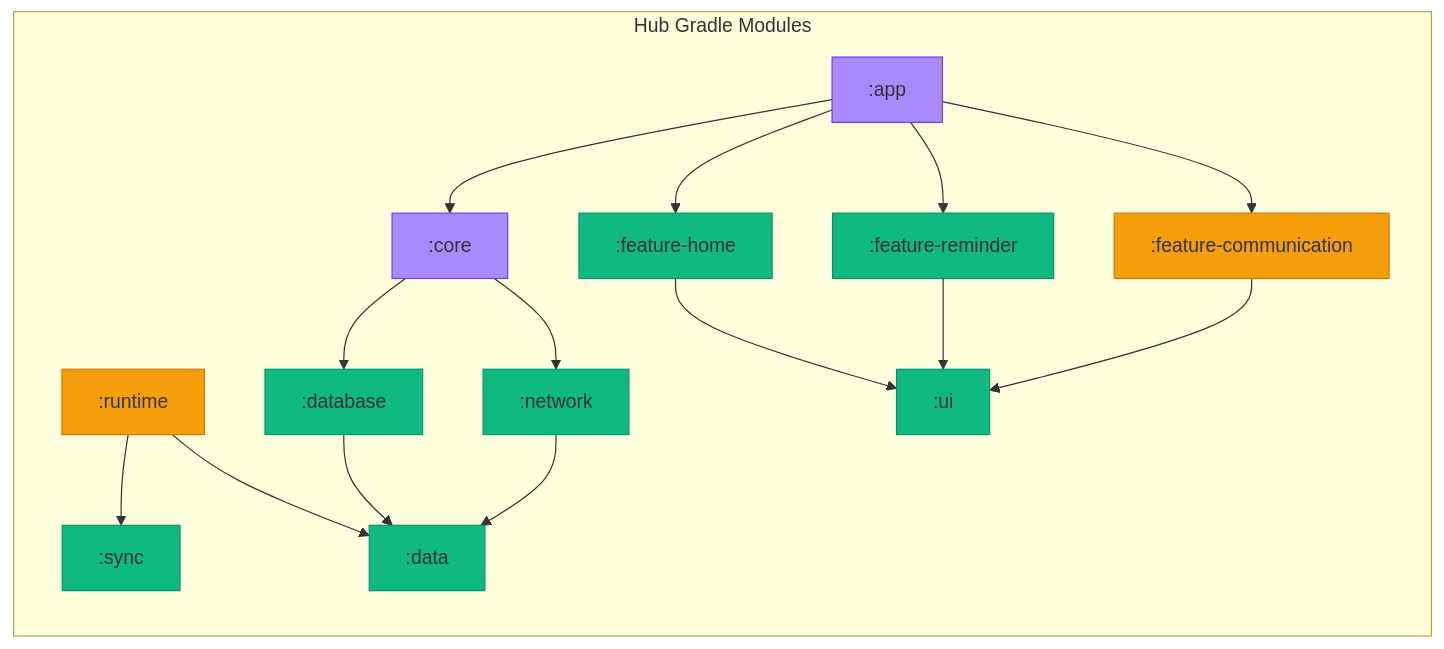
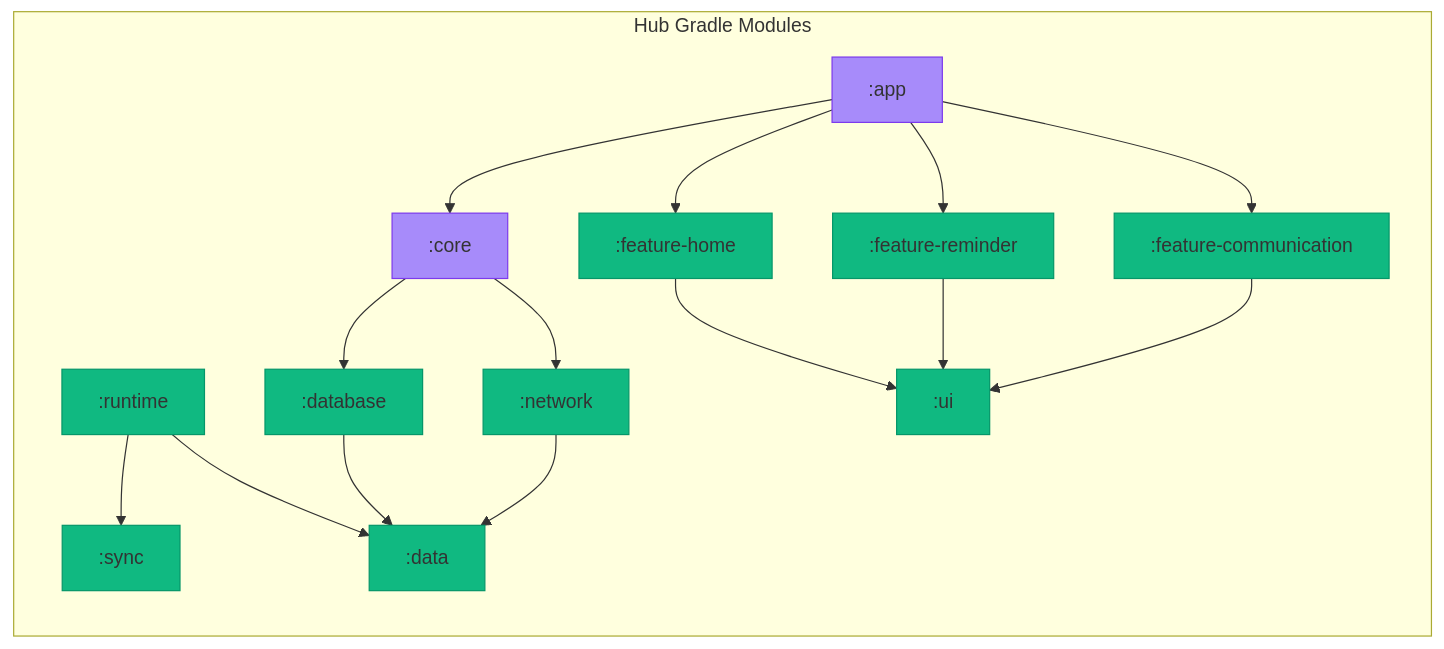
One commit to Aurliano/yara-care-os changed the fifth of 11 diagrams in docs/progress-flowchart.md. Above: the diagram before and after it, drawn with Mermaid. The commit also changed other lines of this file and 75 other files, not shown here.

````diff
--- a/docs/progress-flowchart.md
+++ b/docs/progress-flowchart.md
@@ -272,42 +270,42 @@
 ```mermaid
 flowchart LR
     subgraph Modules["Hub Gradle Modules"]
         APP[":app"]
         CORE[":core"]
         DATA[":data"]
         NETWORK[":network"]
         DATABASE[":database"]
         SYNC_MOD[":sync"]
         RUNTIME[":runtime"]
         UI_MOD[":ui"]
         HOME[":feature-home"]
         REM[":feature-reminder"]
         COM_FEAT[":feature-communication"]
     end
 
     APP --> CORE
     APP --> HOME
     APP --> REM
     APP --> COM_FEAT
     CORE --> DATABASE
     CORE --> NETWORK
     RUNTIME --> SYNC_MOD
     RUNTIME --> DATA
     DATABASE --> DATA
     NETWORK --> DATA
     HOME --> UI_MOD
     REM --> UI_MOD
     COM_FEAT --> UI_MOD
 
     style APP fill:#a78bfa,stroke:#7c3aed
     style CORE fill:#a78bfa,stroke:#7c3aed
     style DATABASE fill:#10b981,stroke:#059669
     style NETWORK fill:#10b981,stroke:#059669
     style SYNC_MOD fill:#10b981,stroke:#059669
-    style RUNTIME fill:#f59e0b,stroke:#d97706
+    style RUNTIME fill:#10b981,stroke:#059669
     style DATA fill:#10b981,stroke:#059669
     style UI_MOD fill:#10b981,stroke:#059669
     style HOME fill:#10b981,stroke:#059669
     style REM fill:#10b981,stroke:#059669
-    style COM_FEAT fill:#f59e0b,stroke:#d97706
+    style COM_FEAT fill:#10b981,stroke:#059669
 ```
````
